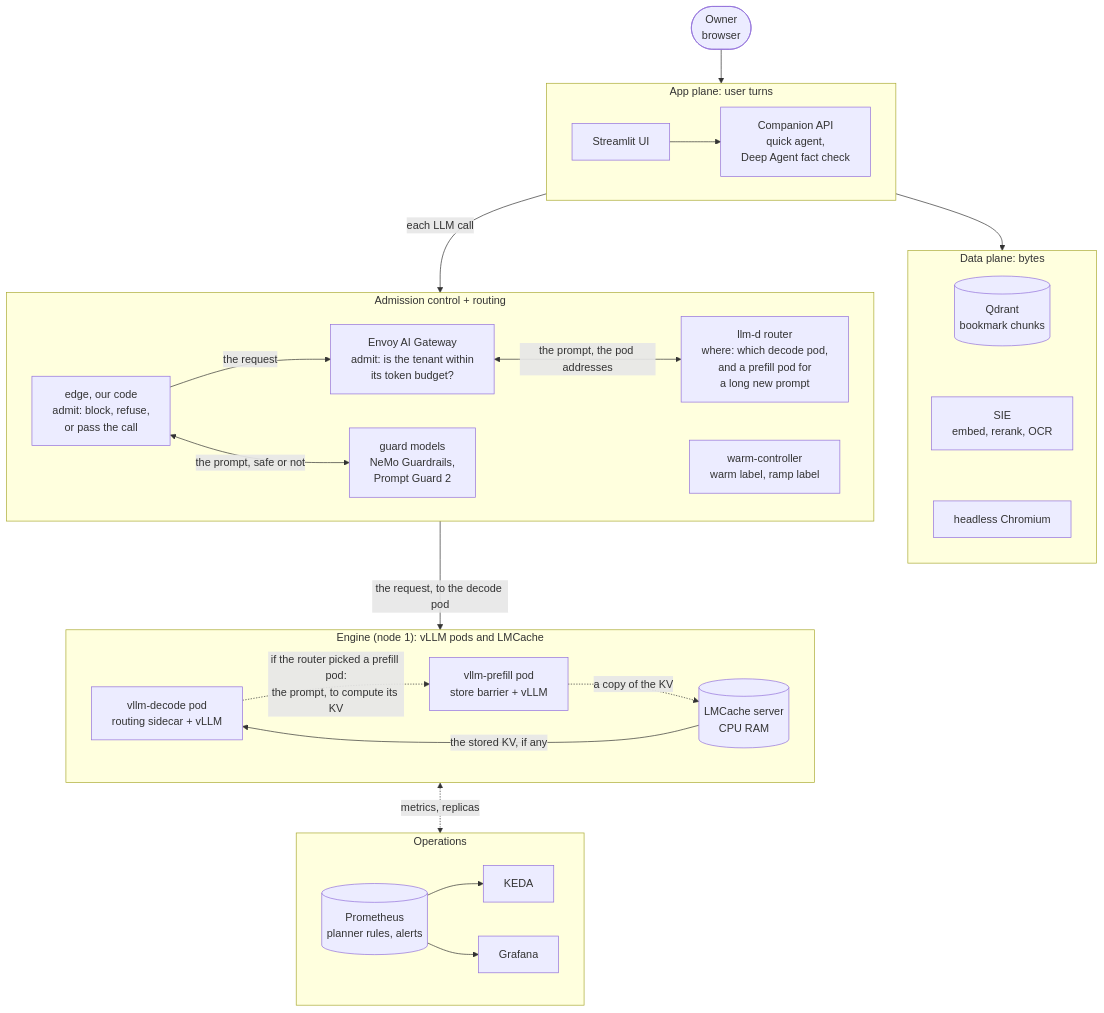
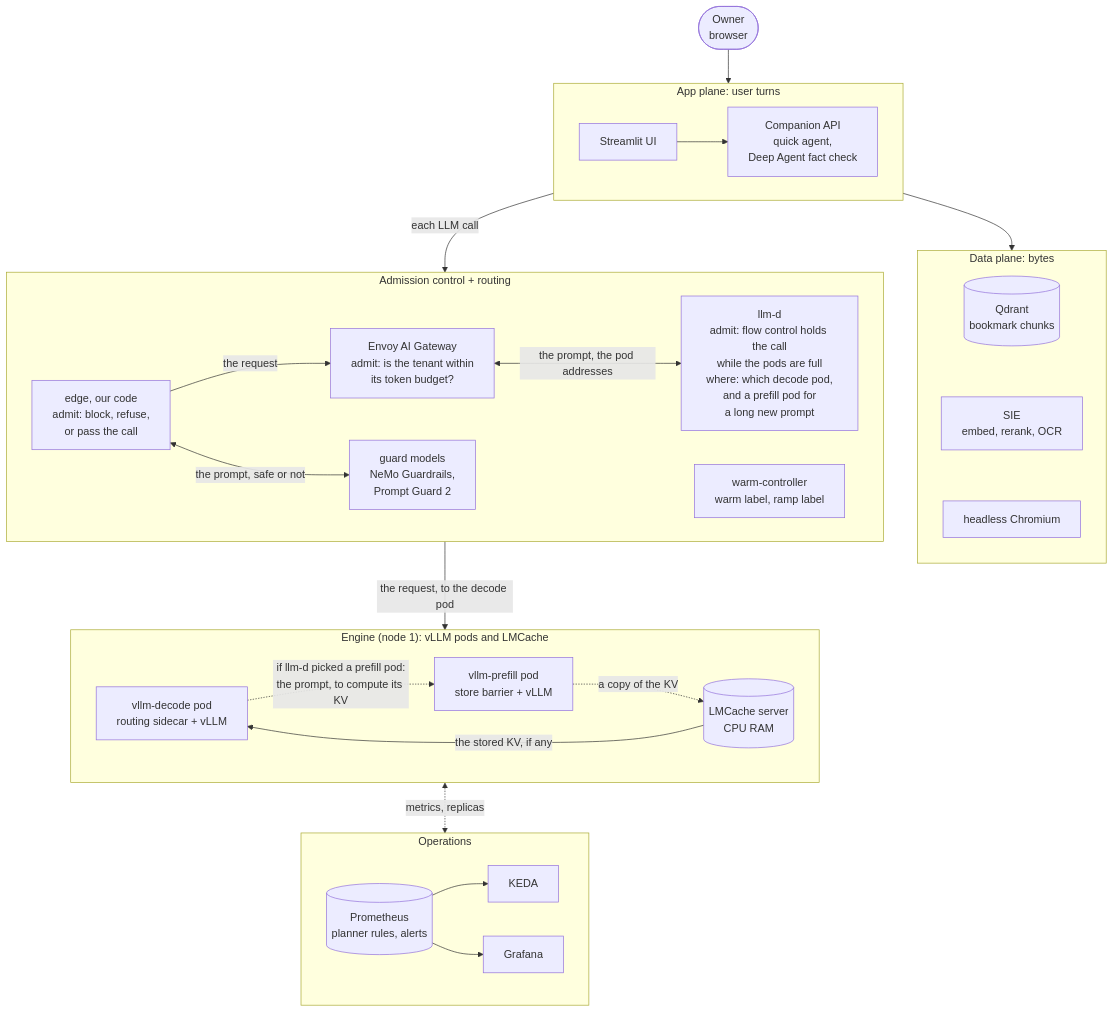
Before and after one commit to chetananand/learning-companion-serving: the diagram in README.md, drawn with Mermaid. The commit also changed other lines of this file and 8 other files, not shown here.

First line of the commit message:
Talk: the llm-d box shows its two jobs, admit (flow control) and where

````diff
--- a/README.md
+++ b/README.md
@@ -25,34 +25,34 @@
 ```mermaid
 flowchart TB
   user([Owner<br/>browser]) --> app
   subgraph app[App plane: user turns]
     direction LR
     ui[Streamlit UI] --> api[Companion API<br/>quick agent,<br/>Deep Agent fact check]
   end
   subgraph data[Data plane: bytes]
     direction TB
     qdrant[(Qdrant<br/>bookmark chunks)] ~~~ sie[SIE<br/>embed, rerank, OCR] ~~~ browser[headless Chromium]
   end
   subgraph acr[Admission control + routing]
     direction LR
     edge[edge, our code<br/>admit: block, refuse,<br/>or pass the call] -->|the request| envoy[Envoy AI Gateway<br/>admit: is the tenant within<br/>its token budget?]
     edge <-->|the prompt, safe or not| guard[guard models<br/>NeMo Guardrails,<br/>Prompt Guard 2]
-    envoy <-->|the prompt, the pod addresses| epp[llm-d router<br/>where: which decode pod,<br/>and a prefill pod for<br/>a long new prompt]
+    envoy <-->|the prompt, the pod addresses| epp[llm-d<br/>admit: flow control holds the call<br/>while the pods are full<br/>where: which decode pod,<br/>and a prefill pod for<br/>a long new prompt]
     wc[warm-controller<br/>warm label, ramp label]
   end
   subgraph eng["Engine (node 1): vLLM pods and LMCache"]
     direction LR
-    dec[vllm-decode pod<br/>routing sidecar + vLLM] -.->|if the router picked a prefill pod:<br/>the prompt, to compute its KV| pre[vllm-prefill pod<br/>store barrier + vLLM]
+    dec[vllm-decode pod<br/>routing sidecar + vLLM] -.->|if llm-d picked a prefill pod:<br/>the prompt, to compute its KV| pre[vllm-prefill pod<br/>store barrier + vLLM]
     pre -.->|a copy of the KV| lmc[(LMCache server<br/>CPU RAM)]
     lmc -->|the stored KV, if any| dec
   end
   subgraph ops[Operations]
     direction LR
     prom[(Prometheus<br/>planner rules, alerts)] --> keda[KEDA]
     prom --> graf[Grafana]
   end
   app --> data
   app -->|each LLM call| acr
   acr -->|the request, to the decode pod| eng
   eng <-.->|metrics, replicas| ops
 ```
````
